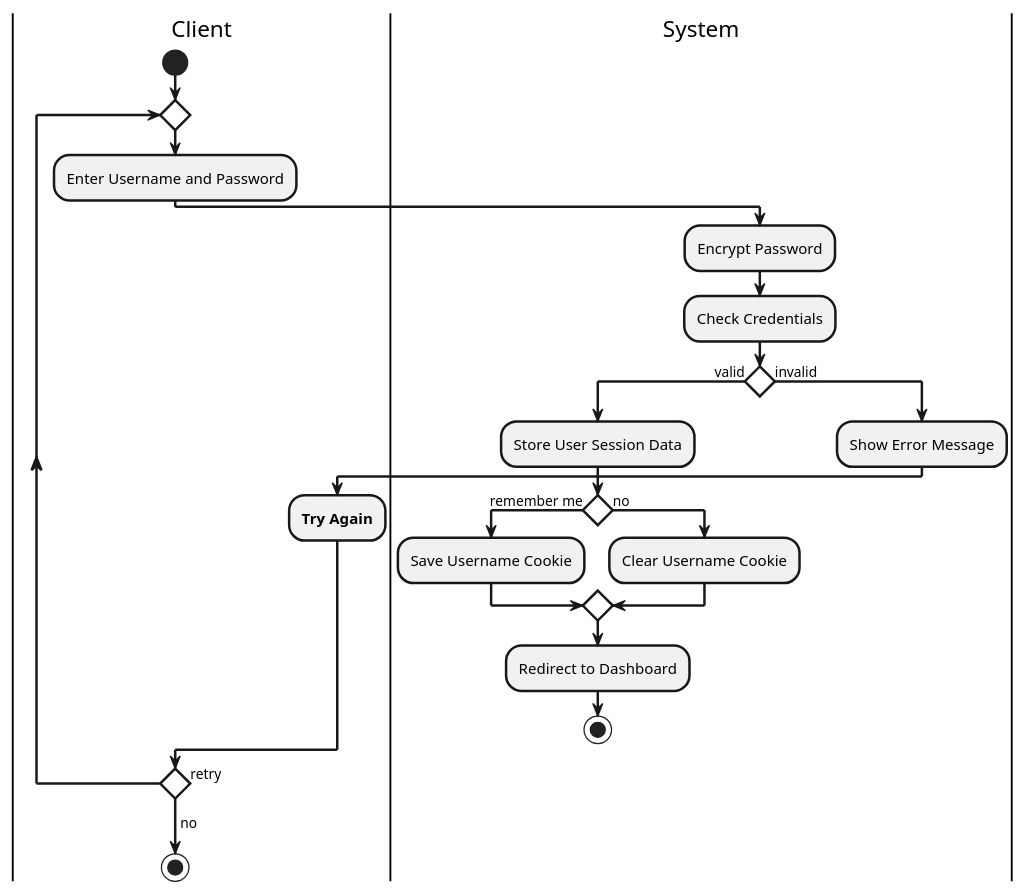
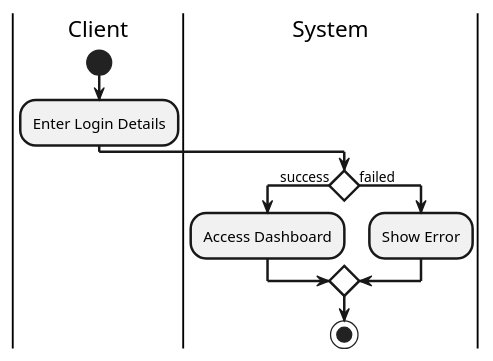
One commit to KuroKage-001/Mamatid_MedClinic changed the diagram in Activity_Diagrams/login_activity.puml. Above: the diagram before and after it, drawn with PlantUML. The commit also changed 9 other files, not shown here.

Commit message:
prototype03 | Refactor activity diagrams for client registration, family members, login, update user, and user management processes. Simplified workflows and improved error handling for better clarity and user experience. Enhanced visual consistency across diagrams.

```diff
--- a/Activity_Diagrams/login_activity.puml
+++ b/Activity_Diagrams/login_activity.puml
@@ -1,35 +1,20 @@
 @startuml
 skinparam defaultTextAlignment center
 skinparam ArrowThickness 2
 skinparam ActivityBorderThickness 2
 skinparam ActivityDiamondBackgroundColor white
 skinparam ActivityDiamondBorderThickness 2
 
 |Client|
 start
-repeat
-:Enter Username and Password;
+:Enter Login Details;
 
 |System|
-:Encrypt Password;
-:Check Credentials;
-
-if () then (valid)
-  :Store User Session Data;
-  if () then (remember me)
-    :Save Username Cookie;
-  else (no)
-    :Clear Username Cookie;
-  endif
-  :Redirect to Dashboard;
-  stop
-else (invalid)
-  :Show Error Message;
-  |Client|
-  :**Try Again**;
+if () then (success)
+  :Access Dashboard;
+else (failed)
+  :Show Error;
 endif
-repeat while () is (retry)
-->no;
 stop
 
 @enduml 
```
